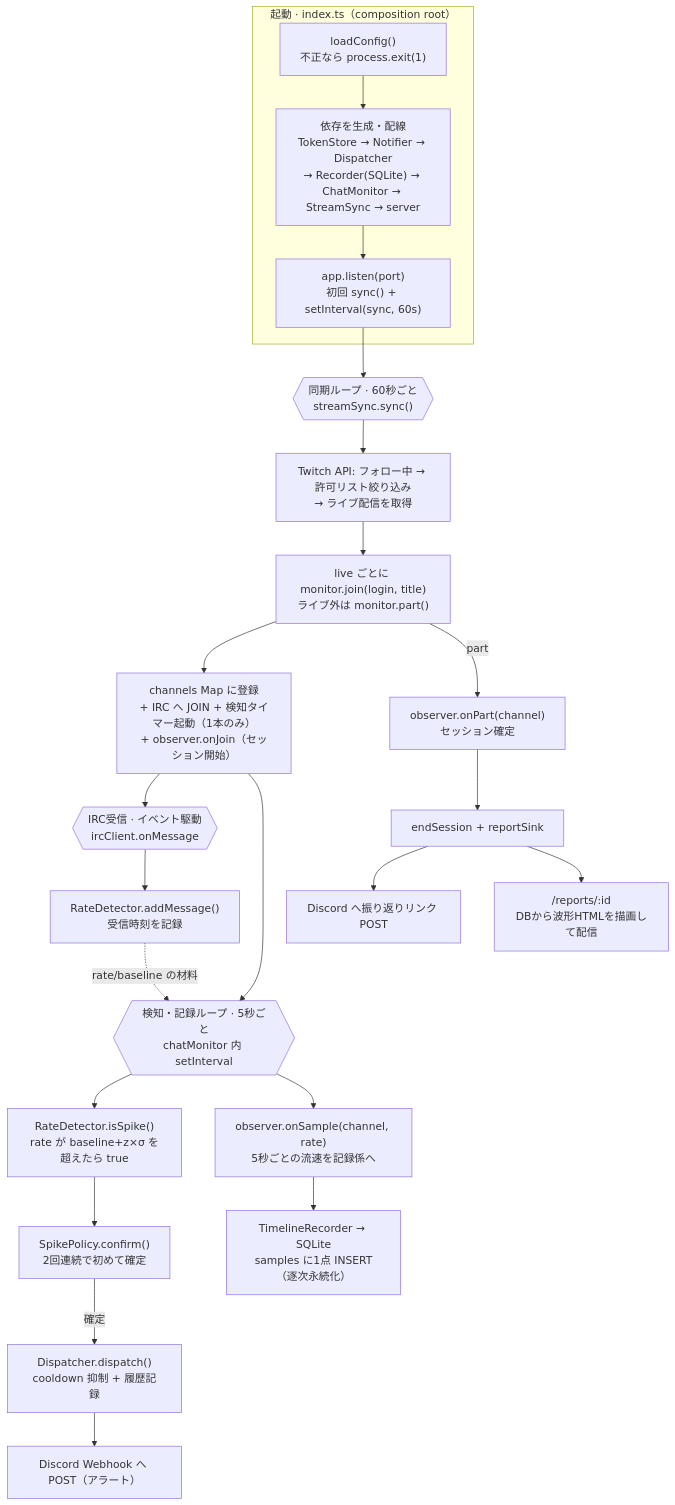
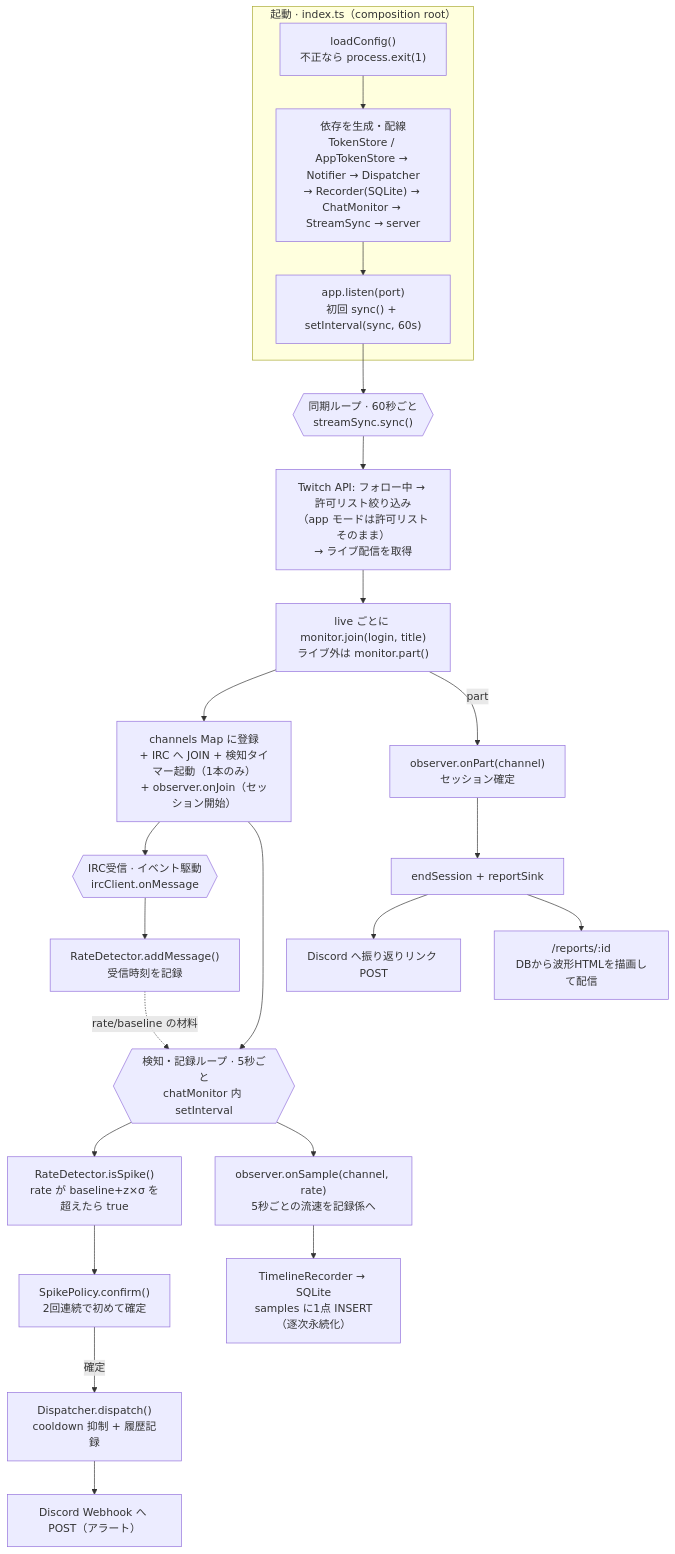
The first of 2 diagrams in docs/architecture.md (endomasayaendo/chatgust), drawn with Mermaid before and after one commit. The commit also changed other lines of this file and 13 other files, not shown here.

````diff
--- a/docs/architecture.md
+++ b/docs/architecture.md
@@ -15,32 +17,32 @@
 ```mermaid
 flowchart TD
     subgraph boot["起動 · index.ts（composition root）"]
-        A["loadConfig()<br/>不正なら process.exit(1)"] --> B["依存を生成・配線<br/>TokenStore → Notifier → Dispatcher<br/>→ Recorder(SQLite) → ChatMonitor → StreamSync → server"]
+        A["loadConfig()<br/>不正なら process.exit(1)"] --> B["依存を生成・配線<br/>TokenStore / AppTokenStore → Notifier → Dispatcher<br/>→ Recorder(SQLite) → ChatMonitor → StreamSync → server"]
         B --> C["app.listen(port)<br/>初回 sync() + setInterval(sync, 60s)"]
     end
 
     C --> D{{"同期ループ · 60秒ごと<br/>streamSync.sync()"}}
-    D --> E["Twitch API: フォロー中 → 許可リスト絞り込み<br/>→ ライブ配信を取得"]
+    D --> E["Twitch API: フォロー中 → 許可リスト絞り込み<br/>（app モードは許可リストそのまま）<br/>→ ライブ配信を取得"]
     E --> F["live ごとに monitor.join(login, title)<br/>ライブ外は monitor.part()"]
 
     F --> G["channels Map に登録<br/>+ IRC へ JOIN + 検知タイマー起動（1本のみ）<br/>+ observer.onJoin（セッション開始）"]
 
     G --> H{{"IRC受信 · イベント駆動<br/>ircClient.onMessage"}}
     H --> I["RateDetector.addMessage()<br/>受信時刻を記録"]
 
     G --> J{{"検知・記録ループ · 5秒ごと<br/>chatMonitor 内 setInterval"}}
     I -. rate/baseline の材料 .-> J
 
     J --> K["RateDetector.isSpike()<br/>rate が baseline+z×σ を超えたら true"]
     K --> L["SpikePolicy.confirm()<br/>2回連続で初めて確定"]
     L -->|確定| M["Dispatcher.dispatch()<br/>cooldown 抑制 + 履歴記録"]
     M --> N["Discord Webhook へ POST（アラート）"]
 
     J --> R["observer.onSample(channel, rate)<br/>5秒ごとの流速を記録係へ"]
     R --> S["TimelineRecorder → SQLite<br/>samples に1点 INSERT（逐次永続化）"]
 
     F -->|part| P["observer.onPart(channel)<br/>セッション確定"]
     P --> Q["endSession + reportSink"]
     Q --> T["Discord へ振り返りリンク POST"]
     Q --> U["/reports/:id<br/>DBから波形HTMLを描画して配信"]
 ```
````
